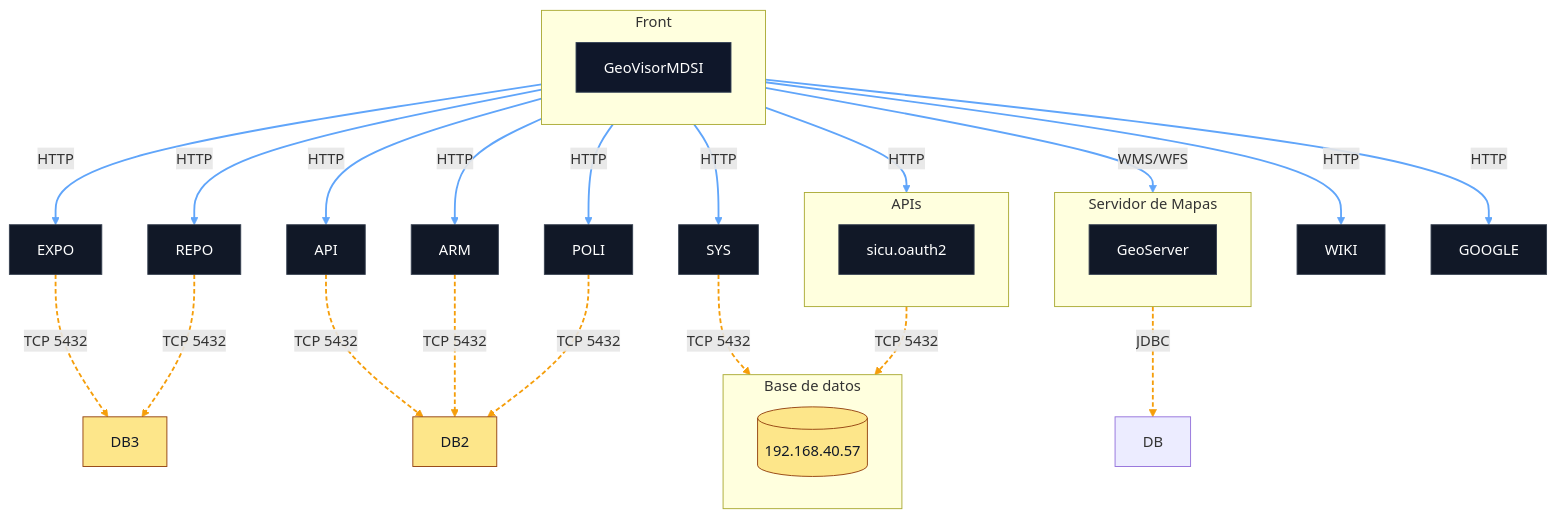
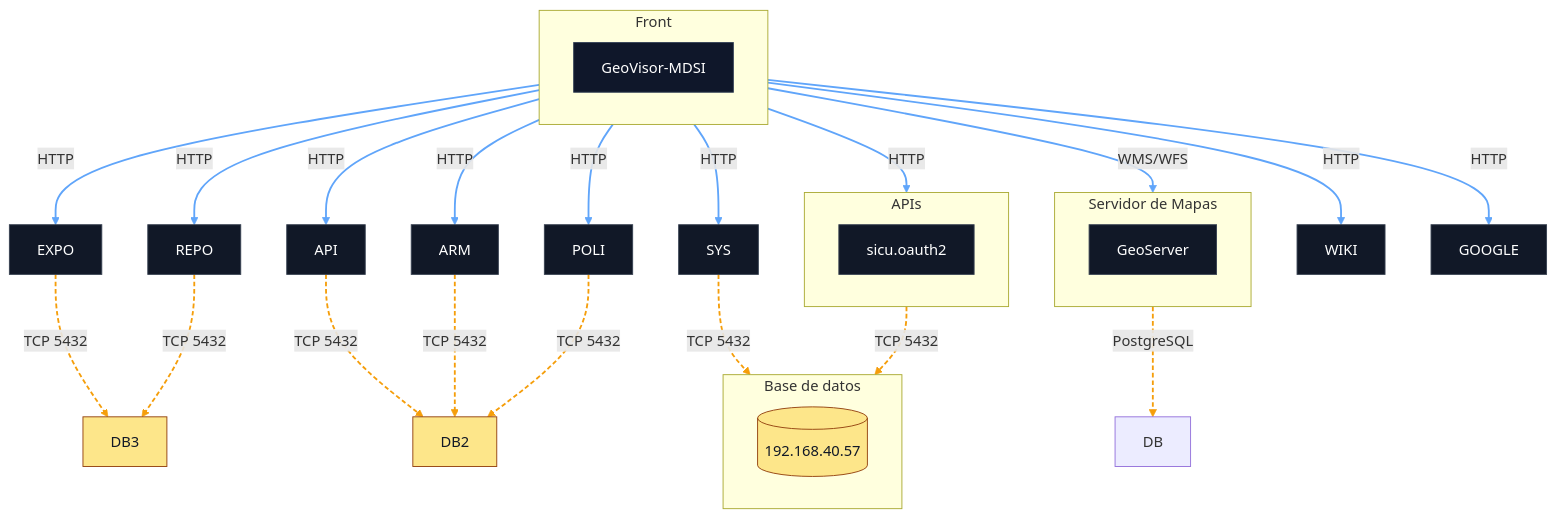
One commit to mdsigeovisor/geovisormdsi changed the diagram in README.md. Above: the diagram before and after it, drawn with Mermaid.

````diff
--- a/README.md
+++ b/README.md
@@ -3,62 +3,62 @@
 ```mermaid
 flowchart TB
   %% =========================
   %% CAPAS
   %% =========================
   subgraph L1[Front]
     direction LR
-    FRONT[GeoVisorMDSI]
+    FRONT[GeoVisor-MDSI]
   end
 
   subgraph L2[APIs]
     direction LR    
     AUTH[sicu.oauth2]    
   end
 
   subgraph L3[Base de datos]
     direction LR
     DB1[(192.168.40.57)]    
   end
   subgraph L4[Servidor de Mapas]
     direction LR
     GEOSERVER[GeoServer]    
   end
 
   %% =========================
   %% RELACIONES
   %% =========================
   FRONT -->|HTTP| EXPO
   FRONT -->|HTTP| REPO
   FRONT -->|HTTP| API
   FRONT -->|HTTP| SYS
   FRONT -->|HTTP| AUTH
   FRONT -->|HTTP| ARM
   FRONT -->|HTTP| POLI
   FRONT -->|WMS/WFS| GEOSERVER
   FRONT -->|HTTP| WIKI
   FRONT -->|HTTP| GOOGLE
   EXPO -.->|TCP 5432| DB3
   REPO -.->|TCP 5432| DB3
   API -.->|TCP 5432| DB2
   ARM -.->|TCP 5432| DB2
   POLI -.->|TCP 5432| DB2
-  GEOSERVER -.->|JDBC| DB
+  GEOSERVER -.->|PostgreSQL| DB
   SYS -.->|TCP 5432| DB1
   AUTH -.->|TCP 5432| DB1
 
   %% =========================
   %% ESTILOS
   %% =========================
   classDef front fill:#0f172a,stroke:#334155,stroke-width:1px,color:#fff;
   classDef service fill:#111827,stroke:#374151,stroke-width:1px,color:#fff;
   classDef db fill:#fde68a,stroke:#92400e,stroke-width:1px,color:#111827;
   classDef cloud fill:#e0f2fe,stroke:#0284c7,stroke-width:1px,color:#0f172a;
 
   class FRONT front;
   class API,SYS,ARM,AUTH,REPO,POLI,EXPO,WIKI,GOOGLE,GEOSERVER service;
   class DB1,DB2,DB3 db;
 
   %% (Opcional) estilo de links
   linkStyle 0,1,2,3,4,5,6,7,8,9 stroke:#60a5fa,stroke-width:2px;
   linkStyle 10,11,12,13,14,15,16,17 stroke:#f59e0b,stroke-width:2px,stroke-dasharray:5 3;
 ```
````
